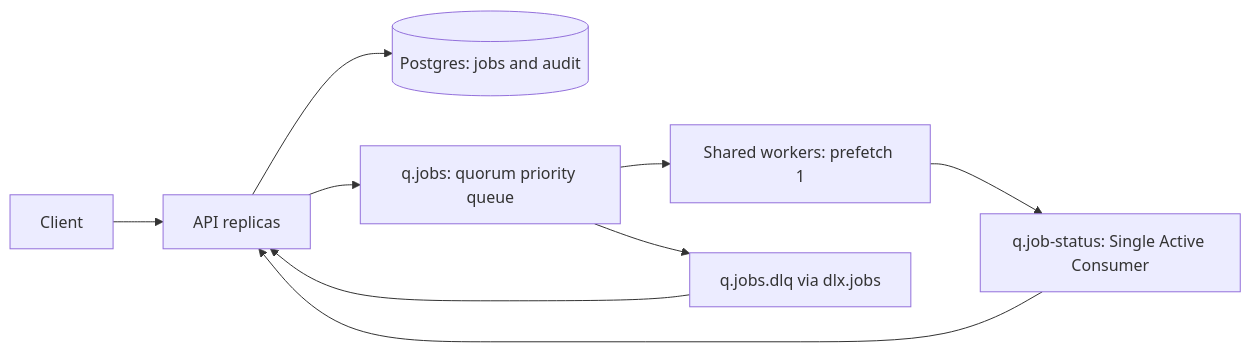
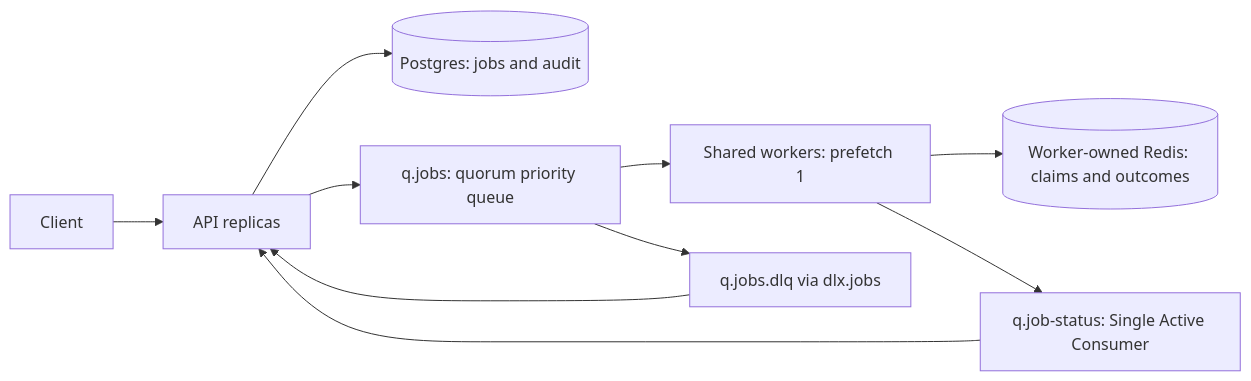
Before and after one commit to The-Rabak/Bifrost: the diagram in README.md, drawn with Mermaid. The commit also changed other lines of this file and 25 other files, not shown here.

````diff
--- a/README.md
+++ b/README.md
@@ -59,11 +59,12 @@
 ```mermaid
 flowchart LR
   Client --> API[API replicas]
   API --> PG[(Postgres: jobs and audit)]
   API --> Work[q.jobs: quorum priority queue]
   Work --> Workers[Shared workers: prefetch 1]
+  Workers --> Redis[(Worker-owned Redis: claims and outcomes)]
   Workers --> Status[q.job-status: Single Active Consumer]
   Status --> API
   Work --> DLQ[q.jobs.dlq via dlx.jobs]
   DLQ --> API
 ```
````
